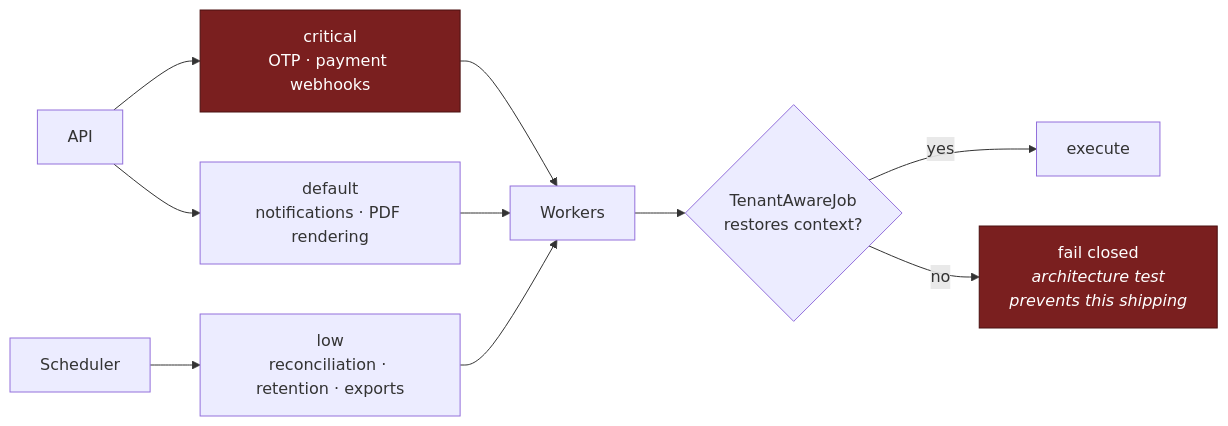
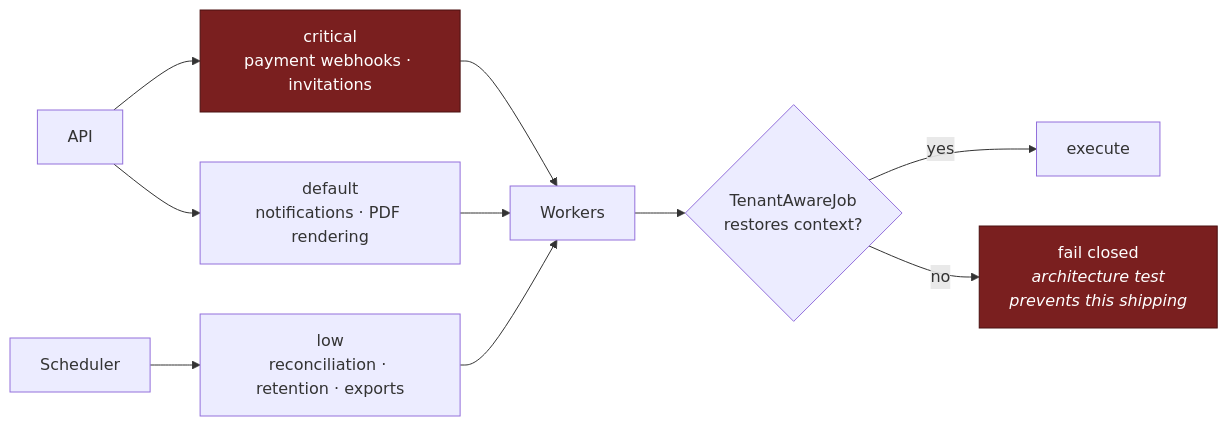
One commit to BAGOMBEKA-JOB-DEV/carevelo changed the third of 3 diagrams in docs/30-architecture/backend-laravel.md. Above: the diagram before and after it, drawn with Mermaid. The commit also changed other lines of this file and 112 other files, not shown here.

````diff
--- a/docs/30-architecture/backend-laravel.md
+++ b/docs/30-architecture/backend-laravel.md
@@ -207,16 +207,16 @@
 ```mermaid
 flowchart LR
-    API["API"] --> C["critical<br/>OTP · payment webhooks"]
+    API["API"] --> C["critical<br/>payment webhooks · invitations"]
     API --> D["default<br/>notifications · PDF rendering"]
     SCH["Scheduler"] --> L["low<br/>reconciliation · retention · exports"]
 
     C --> W1["Workers"]
     D --> W1
     L --> W1
     W1 --> TA{"TenantAwareJob<br/>restores context?"}
     TA -->|"yes"| RUN["execute"]
     TA -->|"no"| FAIL["fail closed<br/><i>architecture test<br/>prevents this shipping</i>"]
 
     style C fill:#7a1f1f,stroke:#4a1010,color:#fff
     style FAIL fill:#7a1f1f,stroke:#4a1010,color:#fff
 ```
````
